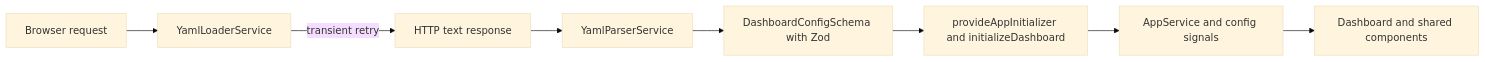
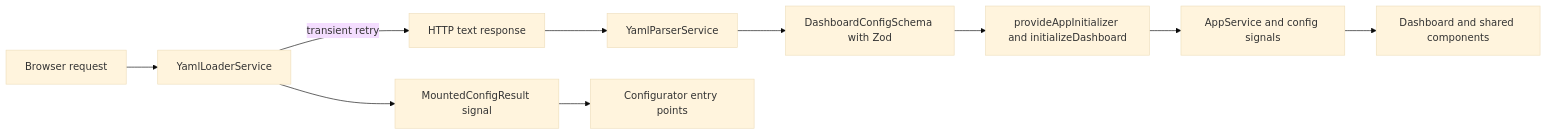
The first of 4 diagrams in ARCHITECTURE.md (rackandhost/getmando), drawn with Mermaid (base theme) before and after one commit. The commit also changed other lines of this file, not shown here.

First line of the commit message:
docs(architecture): document configurator, write sidecar, and v2.0.0 state

````diff
--- a/ARCHITECTURE.md
+++ b/ARCHITECTURE.md
@@ -91,10 +120,12 @@
 ```mermaid
 flowchart LR
   Browser[Browser request] --> Loader[YamlLoaderService]
   Loader -->|transient retry| HTTP[HTTP text response]
   HTTP --> Parser[YamlParserService]
   Parser --> Schema[DashboardConfigSchema with Zod]
+  Loader --> Result[MountedConfigResult signal]
   Schema --> Init[provideAppInitializer and initializeDashboard]
   Init --> State[AppService and config signals]
   State --> View[Dashboard and shared components]
+  Result --> Configurator[Configurator entry points]
 ```
````
